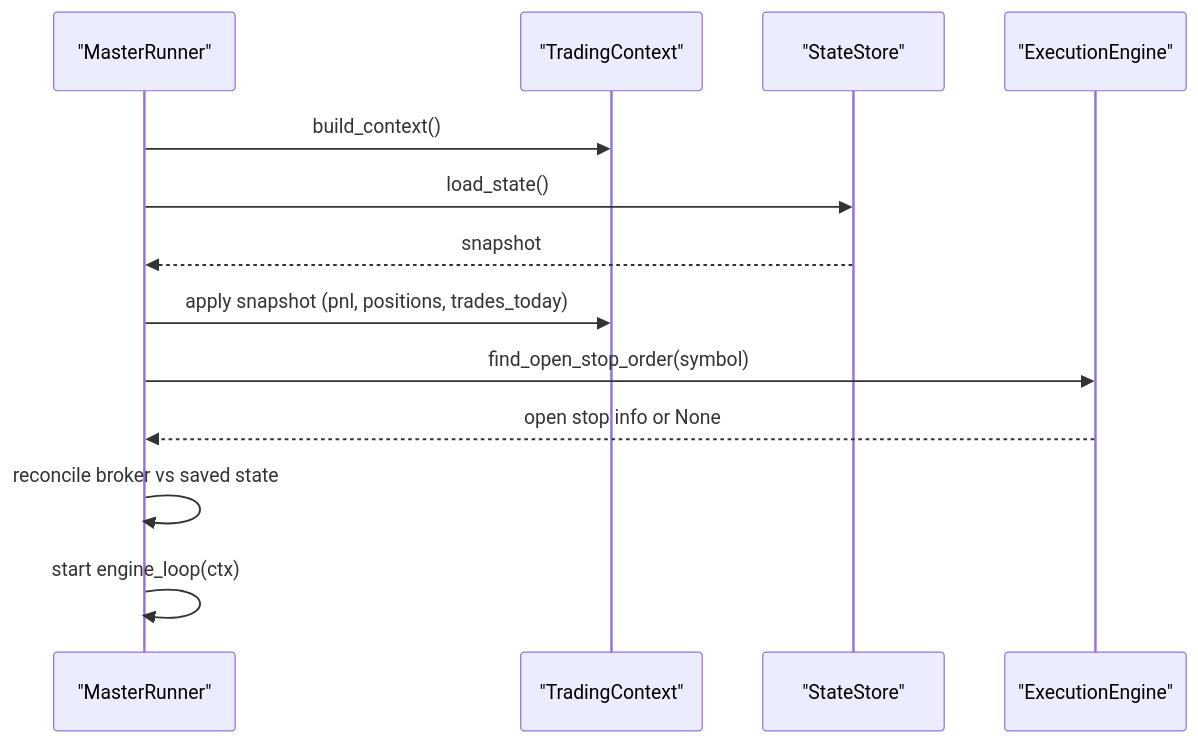
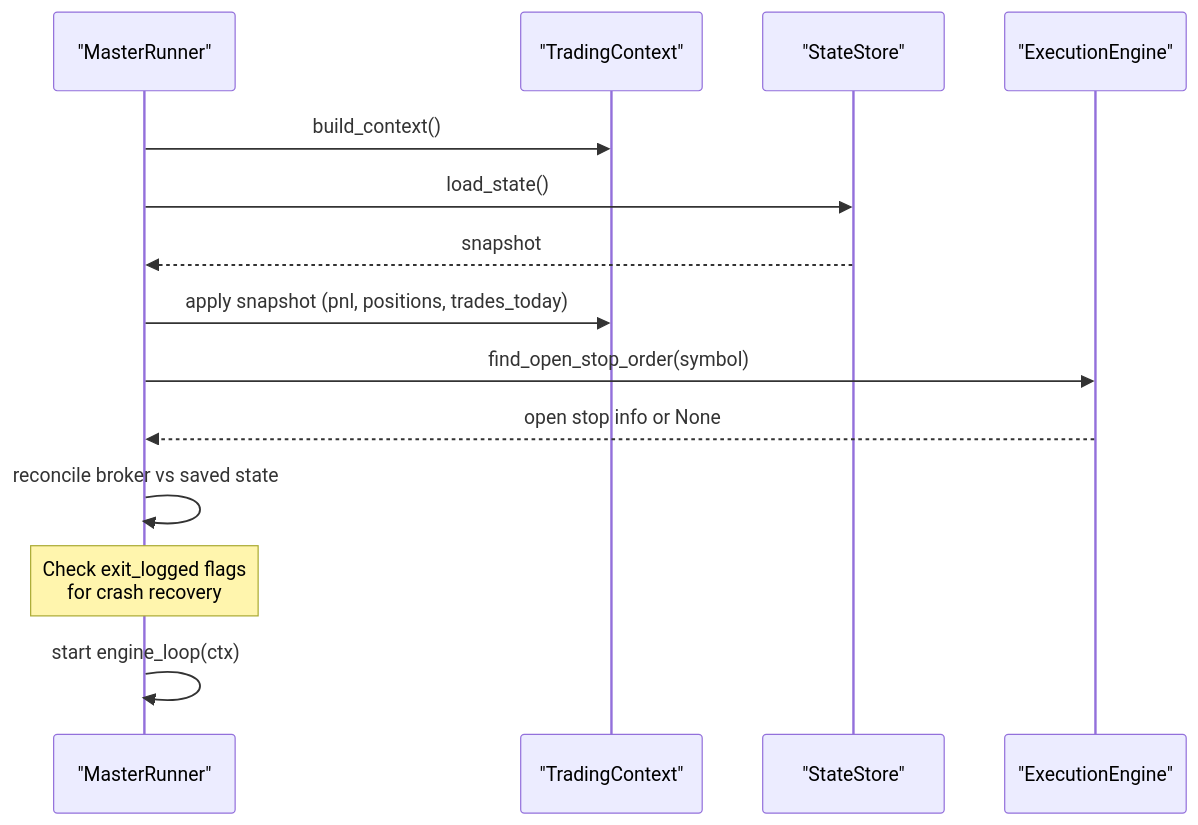
Before and after one commit to tauqeersiddiqui-art/tradingsystem: the ninth of 10 diagrams in .qoder/repowiki/en/content/Core Trading Engine/Trading State Management.md, drawn with Mermaid. The commit also changed other lines of this file and 60 other files, not shown here.

````diff
--- a/.qoder/repowiki/en/content/Core Trading Engine/Trading State Management.md
+++ b/.qoder/repowiki/en/content/Core Trading Engine/Trading State Management.md
@@ -340,15 +388,16 @@
 ```mermaid
 sequenceDiagram
 participant MR as "MasterRunner"
 participant Ctx as "TradingContext"
 participant Store as "StateStore"
 participant EE as "ExecutionEngine"
 MR->>Ctx : build_context()
 MR->>Store : load_state()
 Store-->>MR : snapshot
 MR->>Ctx : apply snapshot (pnl, positions, trades_today)
 MR->>EE : find_open_stop_order(symbol)
 EE-->>MR : open stop info or None
 MR->>MR : reconcile broker vs saved state
+Note over MR : Check exit_logged flags<br/>for crash recovery
 MR->>MR : start engine_loop(ctx)
 ```
````
